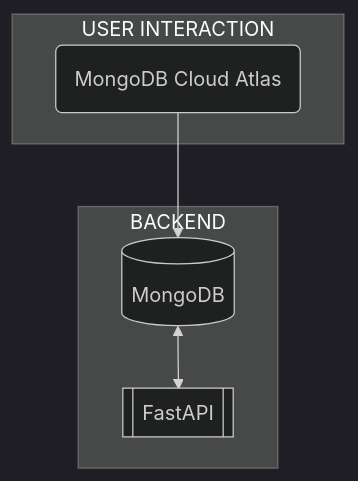
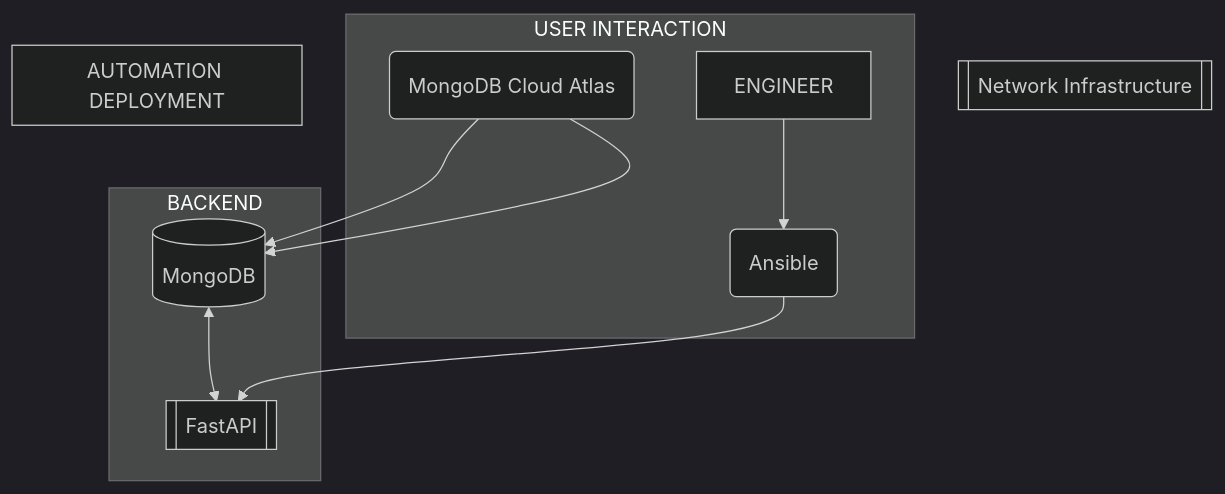
One commit to jnaranjom/iac_network_deployment changed the diagram in diagrams/automation_framework.md. Above: the diagram before and after it, drawn with Mermaid (dark theme).

````diff
--- a/diagrams/automation_framework.md
+++ b/diagrams/automation_framework.md
@@ -1,12 +1,20 @@
 ```mermaid
 flowchart TB
     A[(MongoDB)]
     B[[FastAPI]]
     C(MongoDB Cloud Atlas)
+    D(Ansible)
+    E[[Network Infrastructure]]
+    F[ENGINEER]
     subgraph BACKEND
         A <--> B
     end
     subgraph USER INTERACTION
         C --> A
+        F --> D
+    end
+    subgraph AUTOMATION DEPLOYMENT
+        C --> A
+        D --> B
     end
 ```
````
